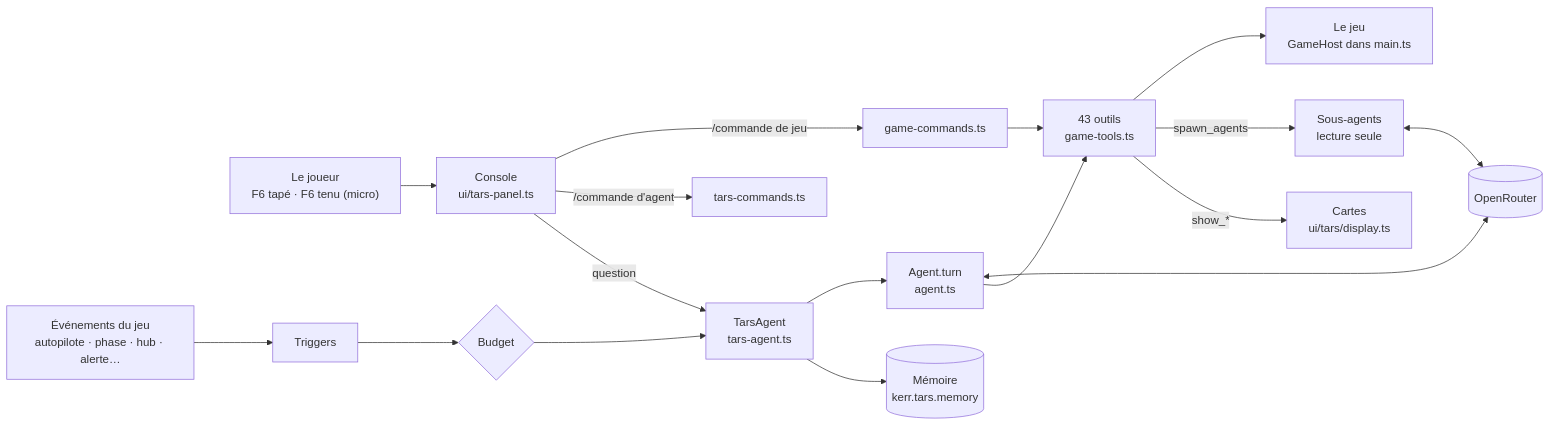
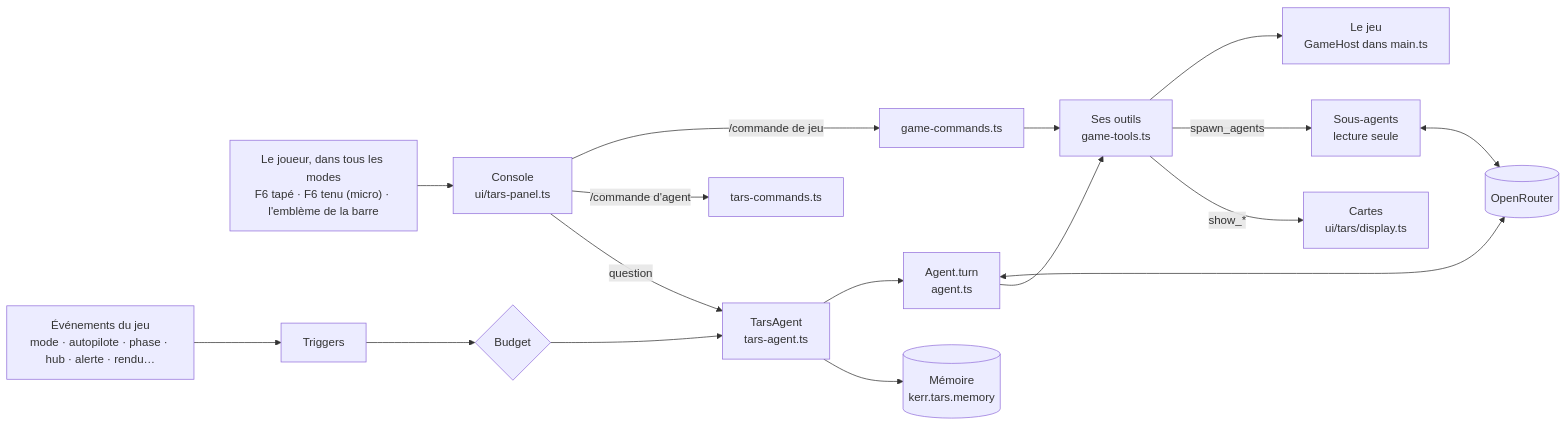
Before and after one commit to TheSamLePirate/black-hole-gpu: the diagram in docs/systemes/10-tars-agent.md, drawn with Mermaid. The commit also changed other lines of this file and 15 other files, not shown here.

First line of the commit message:
TARS in every mode: F6 everywhere, his situation on foot, in the free camera and in photo

````diff
--- a/docs/systemes/10-tars-agent.md
+++ b/docs/systemes/10-tars-agent.md
@@ -50,13 +69,13 @@
 ```mermaid
 flowchart LR
-  Q["Le joueur<br/>F6 tapé · F6 tenu (micro)"] --> P[Console<br/>ui/tars-panel.ts]
+  Q["Le joueur, dans tous les modes<br/>F6 tapé · F6 tenu (micro) · l'emblème de la barre"] --> P[Console<br/>ui/tars-panel.ts]
   P -- "/commande de jeu" --> GC[game-commands.ts] --> T
   P -- "/commande d'agent" --> TC[tars-commands.ts]
   P -- question --> A[TarsAgent<br/>tars-agent.ts]
-  W[Événements du jeu<br/>autopilote · phase · hub · alerte…] --> TR[Triggers] --> B{Budget} --> A
+  W[Événements du jeu<br/>mode · autopilote · phase · hub · alerte · rendu…] --> TR[Triggers] --> B{Budget} --> A
   A --> L[Agent.turn<br/>agent.ts] <--> OR[(OpenRouter)]
-  L --> T[43 outils<br/>game-tools.ts] --> G[Le jeu<br/>GameHost dans main.ts]
+  L --> T[Ses outils<br/>game-tools.ts] --> G[Le jeu<br/>GameHost dans main.ts]
   T -- spawn_agents --> S[Sous-agents<br/>lecture seule] <--> OR
   T -- show_* --> D[Cartes<br/>ui/tars/display.ts]
   A --> M[(Mémoire<br/>kerr.tars.memory)]
 ```
````
